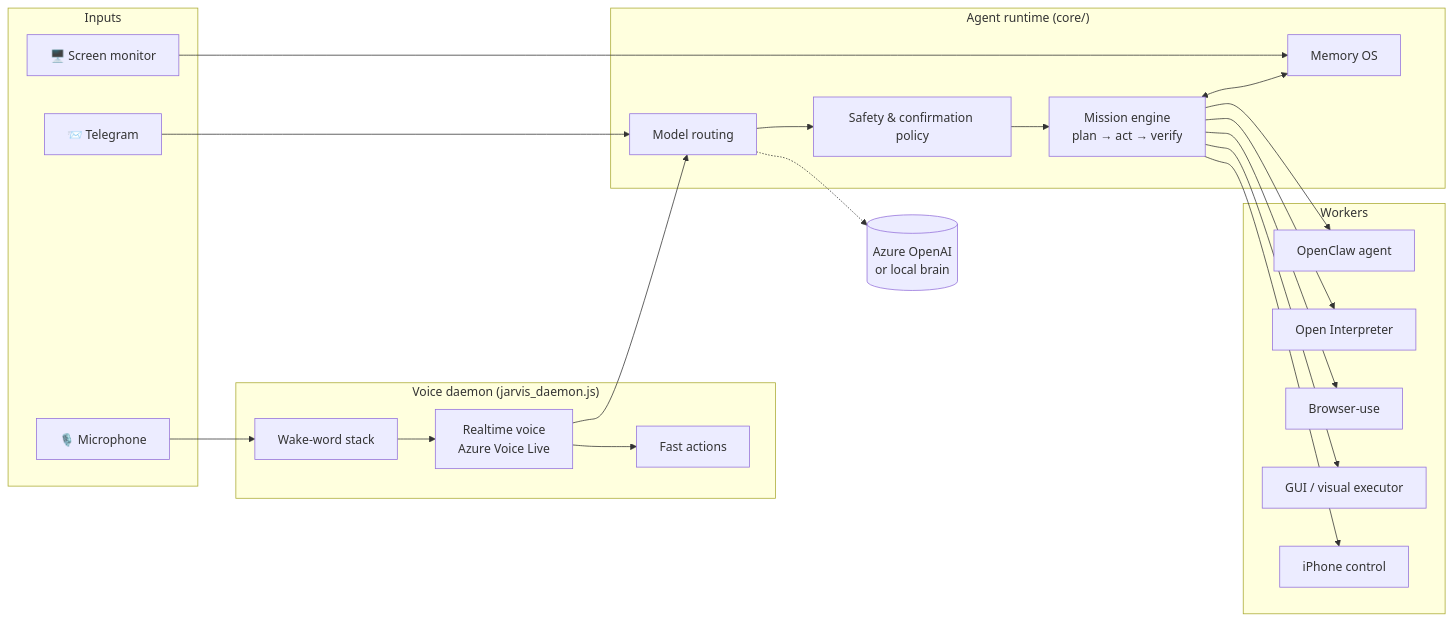
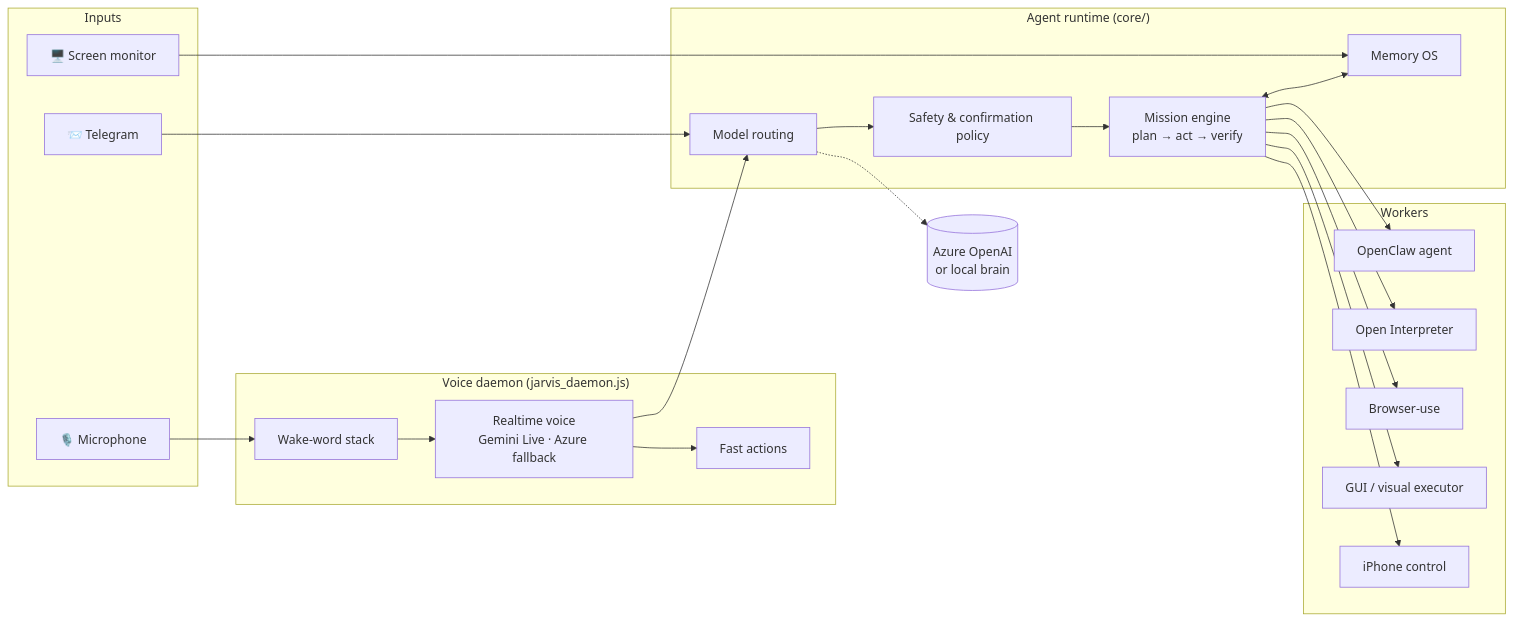
Before and after one commit to miraziz-Developer/OPEN_CREW_JARVIS: the diagram in README.md, drawn with Mermaid. The commit also changed other lines of this file, not shown here.

Commit message:
docs(readme): Gemini Live voice, measured latency, 500 tests, real Telegram pairing flow

````diff
--- a/README.md
+++ b/README.md
@@ -43,39 +55,39 @@
 ```mermaid
 flowchart LR
     subgraph Inputs
         MIC[🎙️ Microphone]
         TG[📨 Telegram]
         SCR[🖥️ Screen monitor]
     end
 
     subgraph Voice["Voice daemon (jarvis_daemon.js)"]
         WAKE[Wake-word stack]
-        RT[Realtime voice<br/>Azure Voice Live]
+        RT[Realtime voice<br/>Gemini Live · Azure fallback]
         FAST[Fast actions]
     end
 
     subgraph Core["Agent runtime (core/)"]
         ROUTE[Model routing]
         POLICY[Safety & confirmation policy]
         MISSIONS[Mission engine<br/>plan → act → verify]
         MEM[Memory OS]
     end
 
     subgraph Workers
         AGENT[OpenClaw agent]
         INT[Open Interpreter]
         BROWSER[Browser-use]
         GUI[GUI / visual executor]
         PHONE[iPhone control]
     end
 
     MIC --> WAKE --> RT
     RT --> FAST
     RT --> ROUTE
     TG --> ROUTE
     SCR --> MEM
     ROUTE --> POLICY --> MISSIONS
     MISSIONS --> AGENT & INT & BROWSER & GUI & PHONE
     MISSIONS <--> MEM
     ROUTE -.-> LLM[(Azure OpenAI<br/>or local brain)]
 ```
````
